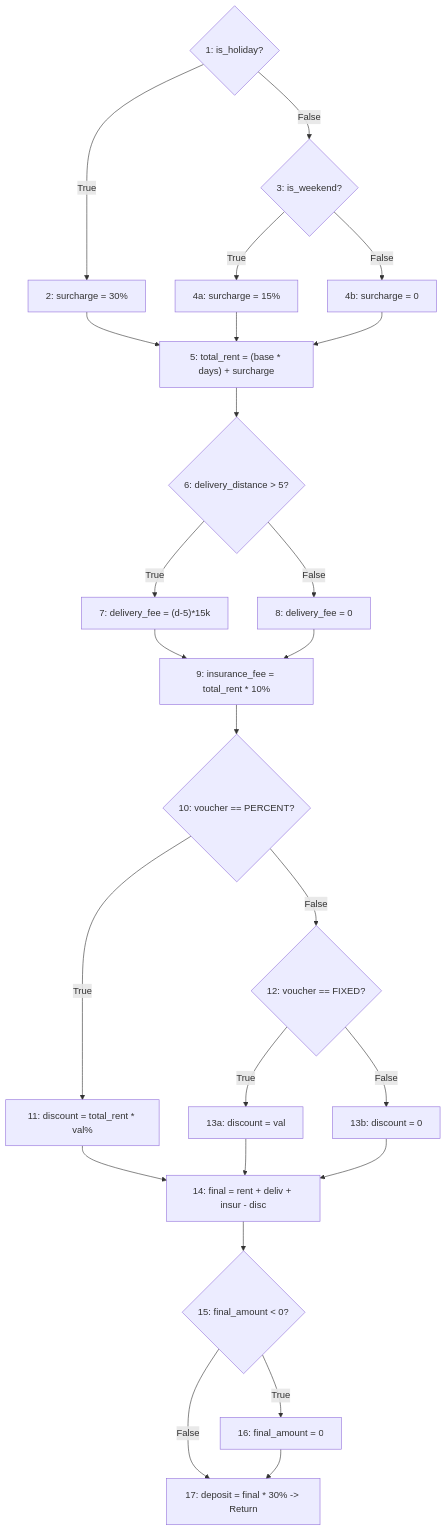
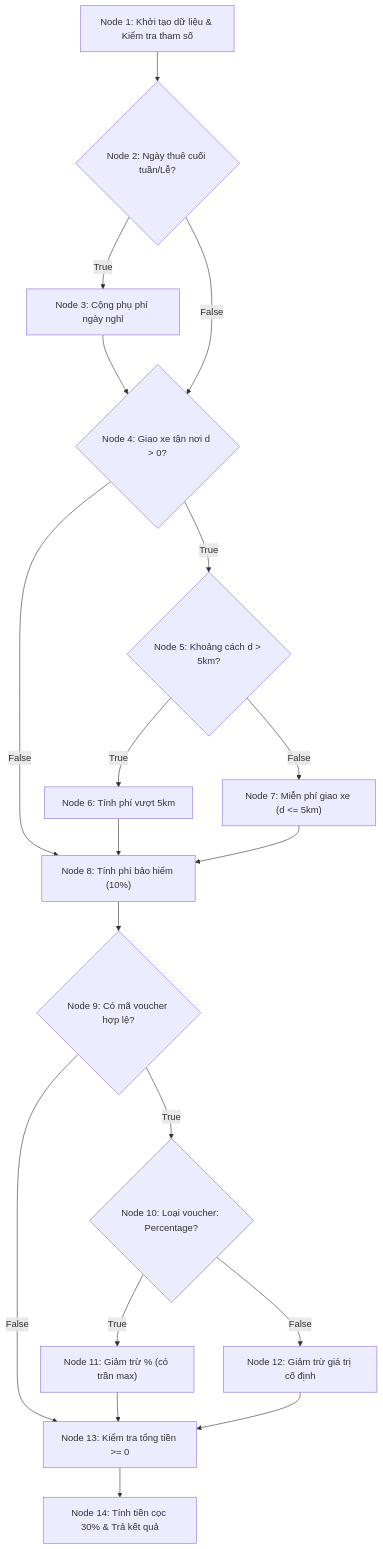
Before and after one commit to PhamQuang138/DGKTPM: the third of 4 diagrams in README.md, drawn with Mermaid. The commit also changed other lines of this file, not shown here.

````diff
--- a/README.md
+++ b/README.md
@@ -836,35 +233,31 @@
 ```mermaid
 flowchart TD
-    N1{"1: is_holiday?"} -->|True| N2["2: surcharge = 30%"]
-    N1 -->|False| N3{"3: is_weekend?"}
-    
-    N3 -->|True| N4a["4a: surcharge = 15%"]
-    N3 -->|False| N4b["4b: surcharge = 0"]
-    
-    N2 --> N5["5: total_rent = (base * days) + surcharge"]
-    N4a --> N5
-    N4b --> N5
-    
-    N5 --> N6{"6: delivery_distance > 5?"}
-    N6 -->|True| N7["7: delivery_fee = (d-5)*15k"]
-    N6 -->|False| N8["8: delivery_fee = 0"]
-    
-    N7 --> N9["9: insurance_fee = total_rent * 10%"]
+    N1["Node 1: Khởi tạo dữ liệu & Kiểm tra tham số"]
+    N2{"Node 2: Ngày thuê cuối tuần/Lễ?"}
+    N3["Node 3: Cộng phụ phí ngày nghỉ"]
+    N4{"Node 4: Giao xe tận nơi d > 0?"}
+    N5{"Node 5: Khoảng cách d > 5km?"}
+    N6["Node 6: Tính phí vượt 5km"]
+    N7["Node 7: Miễn phí giao xe (d <= 5km)"]
+    N8["Node 8: Tính phí bảo hiểm (10%)"]
+    N9{"Node 9: Có mã voucher hợp lệ?"}
+    N10{"Node 10: Loại voucher: Percentage?"}
+    N11["Node 11: Giảm trừ % (có trần max)"]
+    N12["Node 12: Giảm trừ giá trị cố định"]
+    N13["Node 13: Kiểm tra tổng tiền >= 0"]
+    N14["Node 14: Tính tiền cọc 30% & Trả kết quả"]
+
+    N1 --> N2
+    N2 -- "True" --> N3 --> N4
+    N2 -- "False" --> N4
+    N4 -- "True" --> N5
+    N4 -- "False" --> N8
+    N5 -- "True" --> N6 --> N8
+    N5 -- "False" --> N7 --> N8
     N8 --> N9
-    
-    N9 --> N10{"10: voucher == PERCENT?"}
-    N10 -->|True| N11["11: discount = total_rent * val%"]
-    N10 -->|False| N12{"12: voucher == FIXED?"}
-    
-    N12 -->|True| N13a["13a: discount = val"]
-    N12 -->|False| N13b["13b: discount = 0"]
-    
-    N11 --> N14["14: final = rent + deliv + insur - disc"]
-    N13a --> N14
-    N13b --> N14
-    
-    N14 --> N15{"15: final_amount < 0?"}
-    N15 -->|True| N16["16: final_amount = 0"]
-    N15 -->|False| N17["17: deposit = final * 30% -> Return"]
-    N16 --> N17
+    N9 -- "True" --> N10
+    N9 -- "False" --> N13
+    N10 -- "True" --> N11 --> N13
+    N10 -- "False" --> N12 --> N13
+    N13 --> N14
 ```
````
